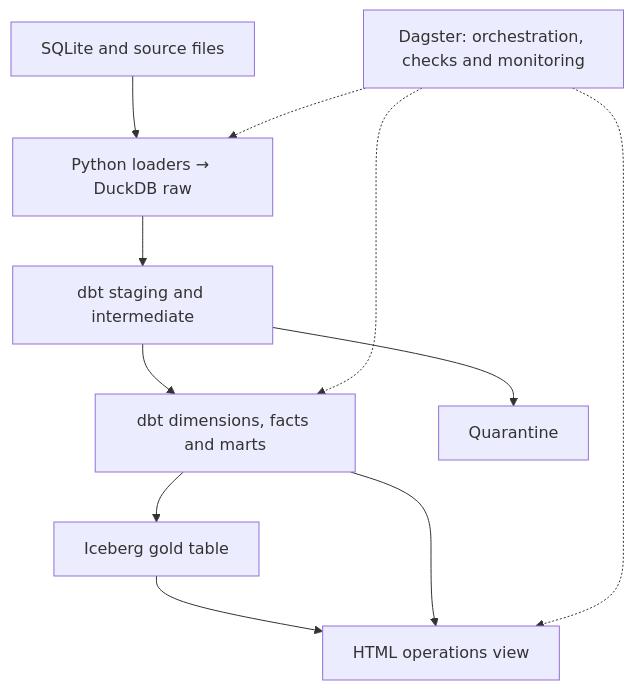
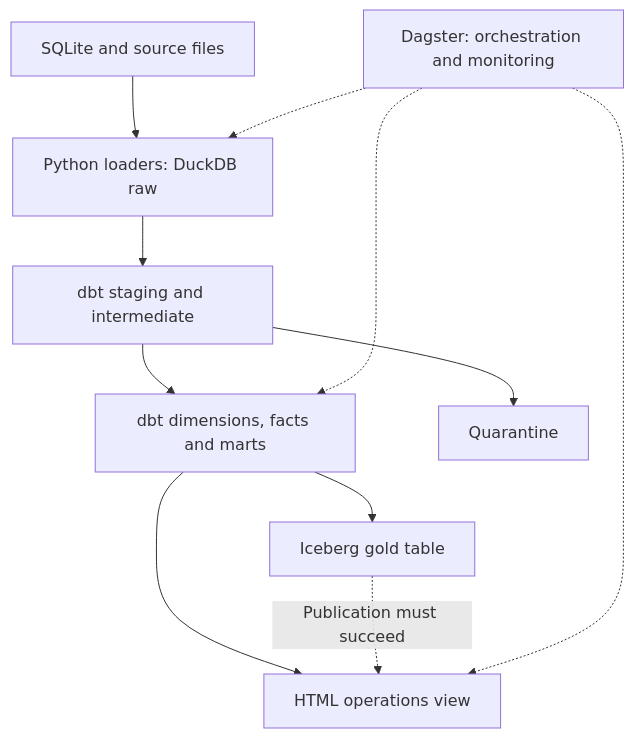
Before and after one commit to mashaellna77-maker/data-engineering: the diagram in README.md, drawn with Mermaid. The commit also changed other lines of this file, not shown here.

````diff
--- a/README.md
+++ b/README.md
@@ -32,13 +32,13 @@
 ```mermaid
 flowchart TD
-    A["SQLite and source files"] --> B["Python loaders → DuckDB raw"]
+    A["SQLite and source files"] --> B["Python loaders: DuckDB raw"]
     B --> C["dbt staging and intermediate"]
     C --> D["dbt dimensions, facts and marts"]
     C --> Q["Quarantine"]
     D --> E["Iceberg gold table"]
-    E --> F["HTML operations view"]
-    D --> F
-    G["Dagster: orchestration, checks and monitoring"] -.-> B
+    D --> F["HTML operations view"]
+    E -.->|"Publication must succeed"| F
+    G["Dagster: orchestration and monitoring"] -.-> B
     G -.-> D
     G -.-> F
 ```
````
